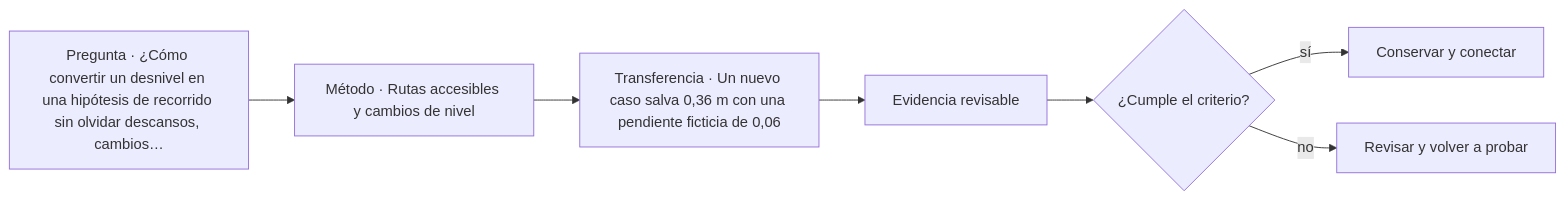
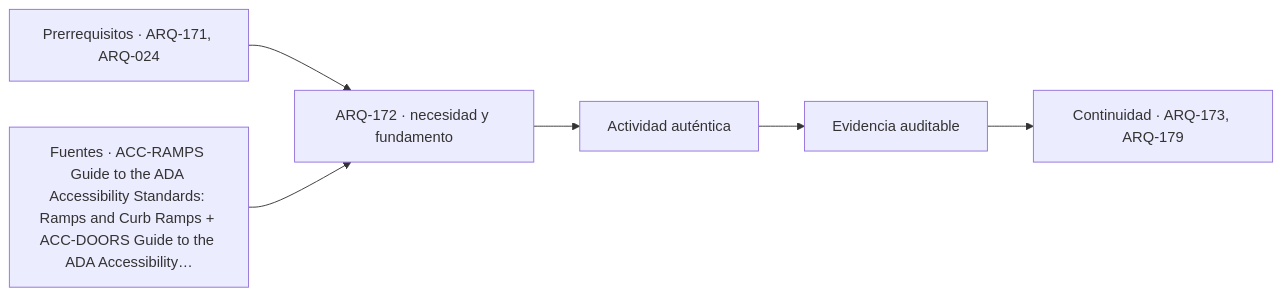
The diagram in classes/parte-18/ARQ-172.md (vladimiracunadev-create/architecture-built-environment-learning-program), drawn with Mermaid before and after one commit. The commit also changed other lines of this file and 761 other files, not shown here.

````diff
--- a/classes/parte-18/ARQ-172.md
+++ b/classes/parte-18/ARQ-172.md
@@ -112,9 +124,8 @@
 ```mermaid
 flowchart LR
-    Q["Pregunta · ¿Cómo convertir un desnivel en una hipótesis de recorrido sin olvidar descansos, cambios…"] --> M["Método · Rutas accesibles y cambios de nivel"]
-    M --> P["Transferencia · Un nuevo caso salva 0,36 m con una pendiente ficticia de 0,06"]
-    P --> E["Evidencia revisable"]
-    E --> C{"¿Cumple el criterio?"}
-    C -->|sí| T["Conservar y conectar"]
-    C -->|no| R["Revisar y volver a probar"]
+    A["Prerrequisitos · ARQ-171, ARQ-024"] --> B["ARQ-172 · necesidad y fundamento"]
+    S["Fuentes · ACC-RAMPS Guide to the ADA Accessibility Standards: Ramps and Curb Ramps + ACC-DOORS Guide to the ADA Accessibility…"] --> B
+    B --> C["Actividad auténtica"]
+    C --> D["Evidencia auditable"]
+    D --> E["Continuidad · ARQ-173, ARQ-179"]
 ```
````
